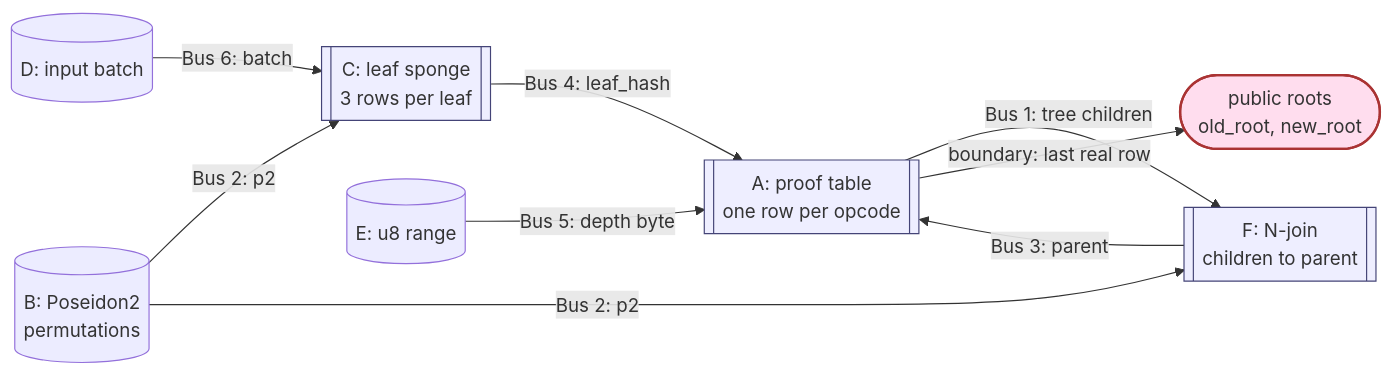
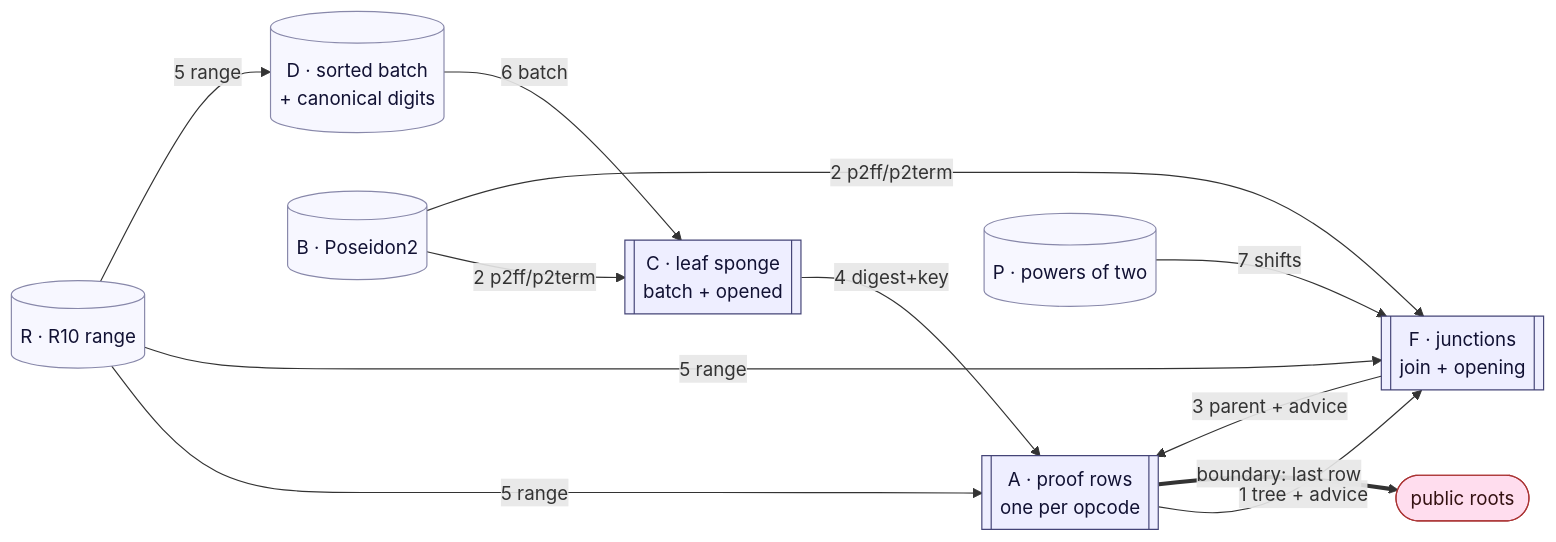
Before and after one commit to ristik/rsmt-air: the fifth of 7 diagrams in README.md, drawn with Mermaid. The commit also changed other lines of this file and 48 other files, not shown here.

````diff
--- a/README.md
+++ b/README.md
@@ -149,23 +226,27 @@
 ```mermaid
 flowchart LR
-      D[("D: input batch")]
-      C[["C: leaf sponge<br/>3 rows per leaf"]]
-      A[["A: proof table<br/>one row per opcode"]]
-      F[["F: N-join<br/>children to parent"]]
-      B[("B: Poseidon2<br/>permutations")]
-      E[("E: u8 range")]
-      Root(["public roots<br/>old_root, new_root"]):::boundary
+    classDef t fill:#eef,stroke:#447,color:#113
+    classDef help fill:#f7f7ff,stroke:#88a,color:#113
+    classDef pub fill:#fde,stroke:#a33,color:#311
 
-      D -- "Bus 6: batch" --> C
-      C -- "Bus 4: leaf_hash" --> A
-      A -- "Bus 1: tree children" --> F
-      F -- "Bus 3: parent" --> A
-      E -- "Bus 5: depth byte" --> A
-      B -- "Bus 2: p2" --> C
-      B -- "Bus 2: p2" --> F
-      A -- "boundary: last real row" --> Root
+    D[("D · sorted batch<br/>+ canonical digits")]:::help
+    C[["C · leaf sponge<br/>batch + opened"]]:::t
+    A[["A · proof rows<br/>one per opcode"]]:::t
+    F[["F · junctions<br/>join + opening"]]:::t
+    B[("B · Poseidon2")]:::help
+    R[("R · R10 range")]:::help
+    P[("P · powers of two")]:::help
+    Root(["public roots"]):::pub
 
-      classDef boundary fill:#fde,stroke:#a33,stroke-width:2px;
-      classDef table fill:#eef,stroke:#447;
-      class A,C,F table;
+    D -->|"6 batch"| C
+    C -->|"4 digest+key"| A
+    A -->|"1 tree + advice"| F
+    F -->|"3 parent + advice"| A
+    B -->|"2 p2ff/p2term"| C
+    B -->|"2 p2ff/p2term"| F
+    R -->|"5 range"| A
+    R -->|"5 range"| F
+    R -->|"5 range"| D
+    P -->|"7 shifts"| F
+    A ==>|"boundary: last row"| Root
 ```
````
